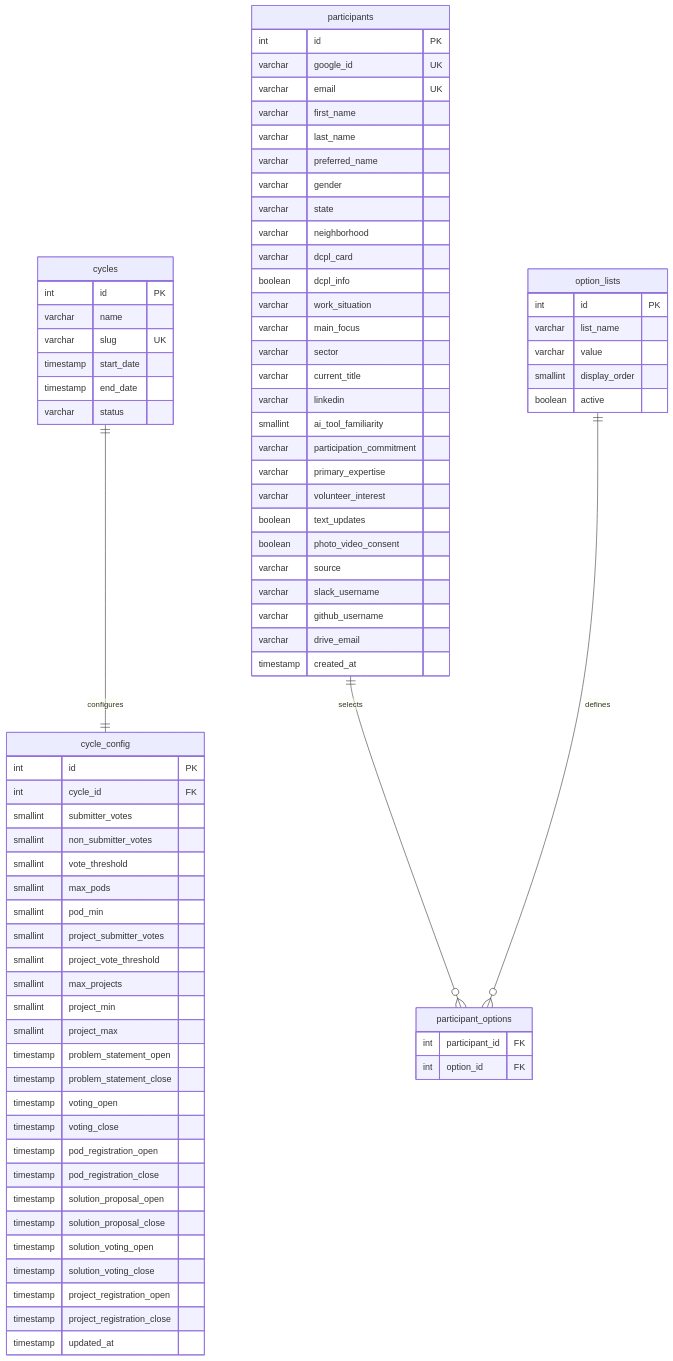
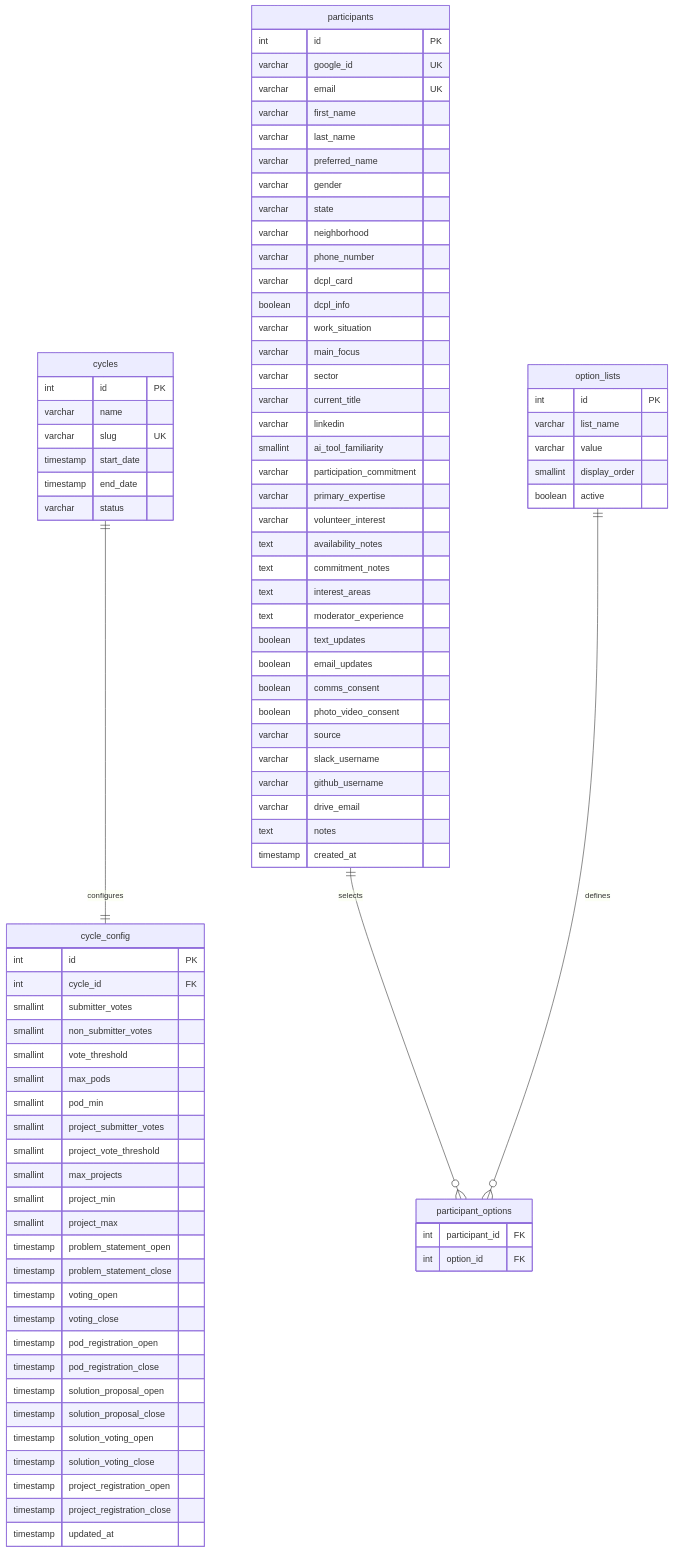
Before and after one commit to TheUpskillingLabs/OLOS: the second of 5 diagrams in SCHEMA.md, drawn with Mermaid. The commit also changed 3 other files, not shown here.

```diff
--- a/SCHEMA.md
+++ b/SCHEMA.md
@@ -87,6 +87,7 @@
         varchar gender
         varchar state
         varchar neighborhood
+        varchar phone_number
         varchar dcpl_card
         boolean dcpl_info
         varchar work_situation
@@ -98,12 +99,19 @@
         varchar participation_commitment
         varchar primary_expertise
         varchar volunteer_interest
+        text availability_notes
+        text commitment_notes
+        text interest_areas
+        text moderator_experience
         boolean text_updates
+        boolean email_updates
+        boolean comms_consent
         boolean photo_video_consent
         varchar source
         varchar slack_username
         varchar github_username
         varchar drive_email
+        text notes
         timestamp created_at
     }
 
```
